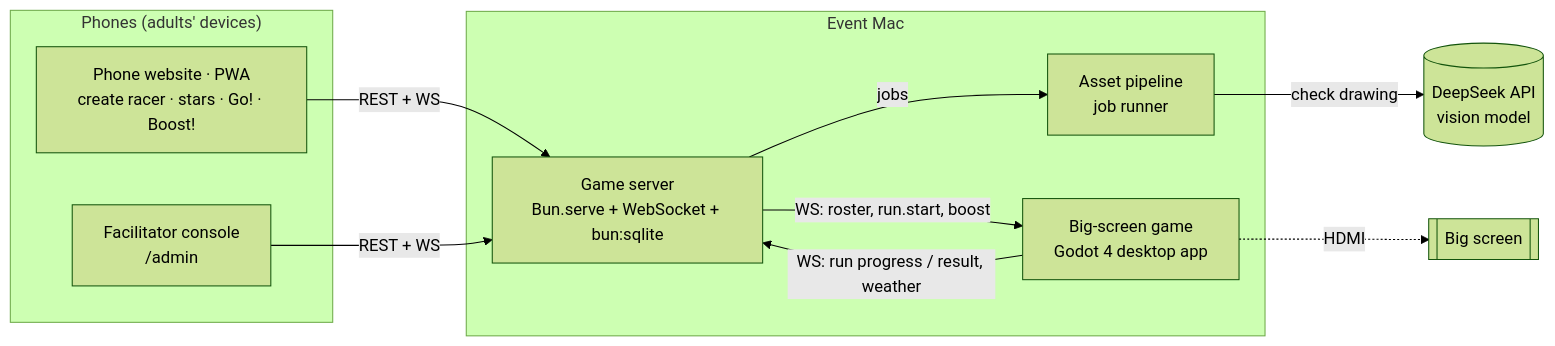
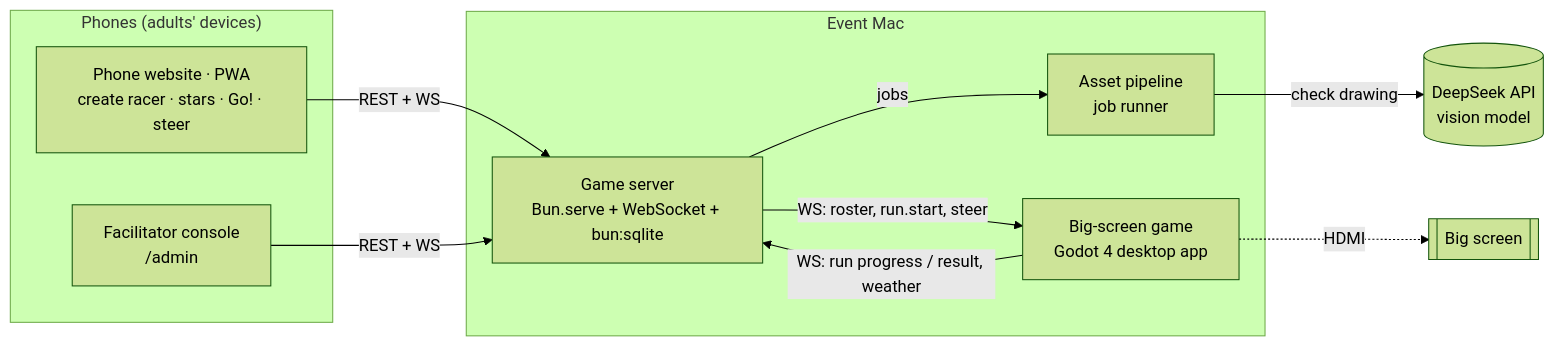
One commit to yesil/bebbikart changed the diagram in docs/README.md. Above: the diagram before and after it, drawn with Mermaid (forest theme). The commit also changed other lines of this file and 6 other files, not shown here.

````diff
--- a/docs/README.md
+++ b/docs/README.md
@@ -49,20 +48,20 @@
 ```mermaid
 flowchart LR
   subgraph Phones["Phones (adults' devices)"]
-    P[Phone website · PWA<br/>create racer · stars · Go! · Boost!]
+    P[Phone website · PWA<br/>create racer · stars · Go! · steer]
     A[Facilitator console<br/>/admin]
   end
   subgraph Laptop["Event Mac"]
     S[Game server<br/>Bun.serve + WebSocket + bun:sqlite]
     J[Asset pipeline<br/>job runner]
     G[Big-screen game<br/>Godot 4 desktop app]
   end
   D[(DeepSeek API<br/>vision model)]
   P -- REST + WS --> S
   A -- REST + WS --> S
   S -- jobs --> J
   J -- check drawing --> D
-  S -- WS: roster, run.start, boost --> G
+  S -- WS: roster, run.start, steer --> G
   G -- WS: run progress / result, weather --> S
   G -. HDMI .-> Screen[[Big screen]]
 ```
````
